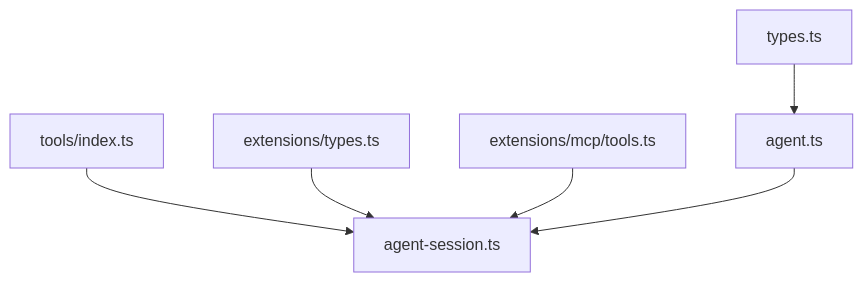
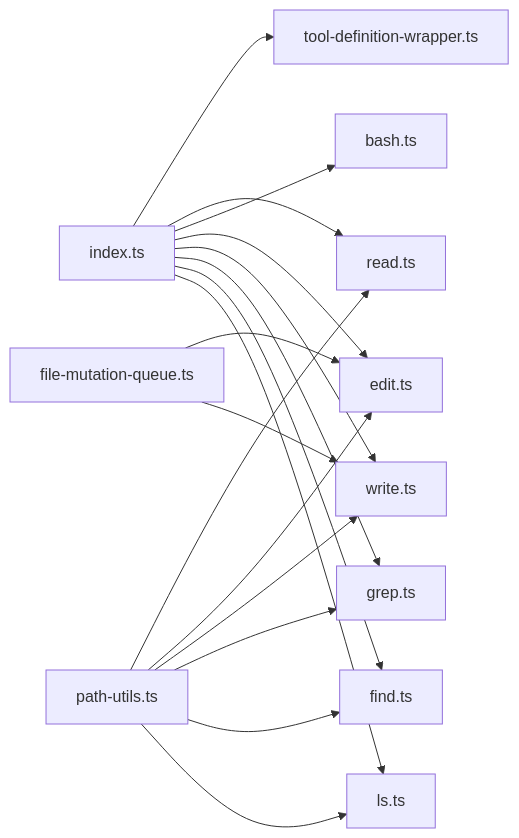
One commit to FDE-GROUP/oh-my-coding-agent changed the sixth of 6 diagrams in .qoder/repowiki/zh/content/工具系统/工具系统.md. Above: the diagram before and after it, drawn with Mermaid. The commit also changed other lines of this file and 755 other files, not shown here.

````diff
--- a/.qoder/repowiki/zh/content/工具系统/工具系统.md
+++ b/.qoder/repowiki/zh/content/工具系统/工具系统.md
@@ -285,8 +340,19 @@
 ```mermaid
-graph TB
-Types["types.ts"] --> Agent["agent.ts"]
-Index["tools/index.ts"] --> Session["agent-session.ts"]
-ExtTypes["extensions/types.ts"] --> Session
-MCP["extensions/mcp/tools.ts"] --> Session
-Agent --> Session
+graph LR
+IDX["index.ts"] --> WRAP["tool-definition-wrapper.ts"]
+IDX --> READ["read.ts"]
+IDX --> BASH["bash.ts"]
+IDX --> EDIT["edit.ts"]
+IDX --> WRITE["write.ts"]
+IDX --> GREP["grep.ts"]
+IDX --> FIND["find.ts"]
+IDX --> LS["ls.ts"]
+PU["path-utils.ts"] --> READ
+PU --> EDIT
+PU --> WRITE
+PU --> GREP
+PU --> FIND
+PU --> LS
+FMQ["file-mutation-queue.ts"] --> EDIT
+FMQ --> WRITE
 ```
````
